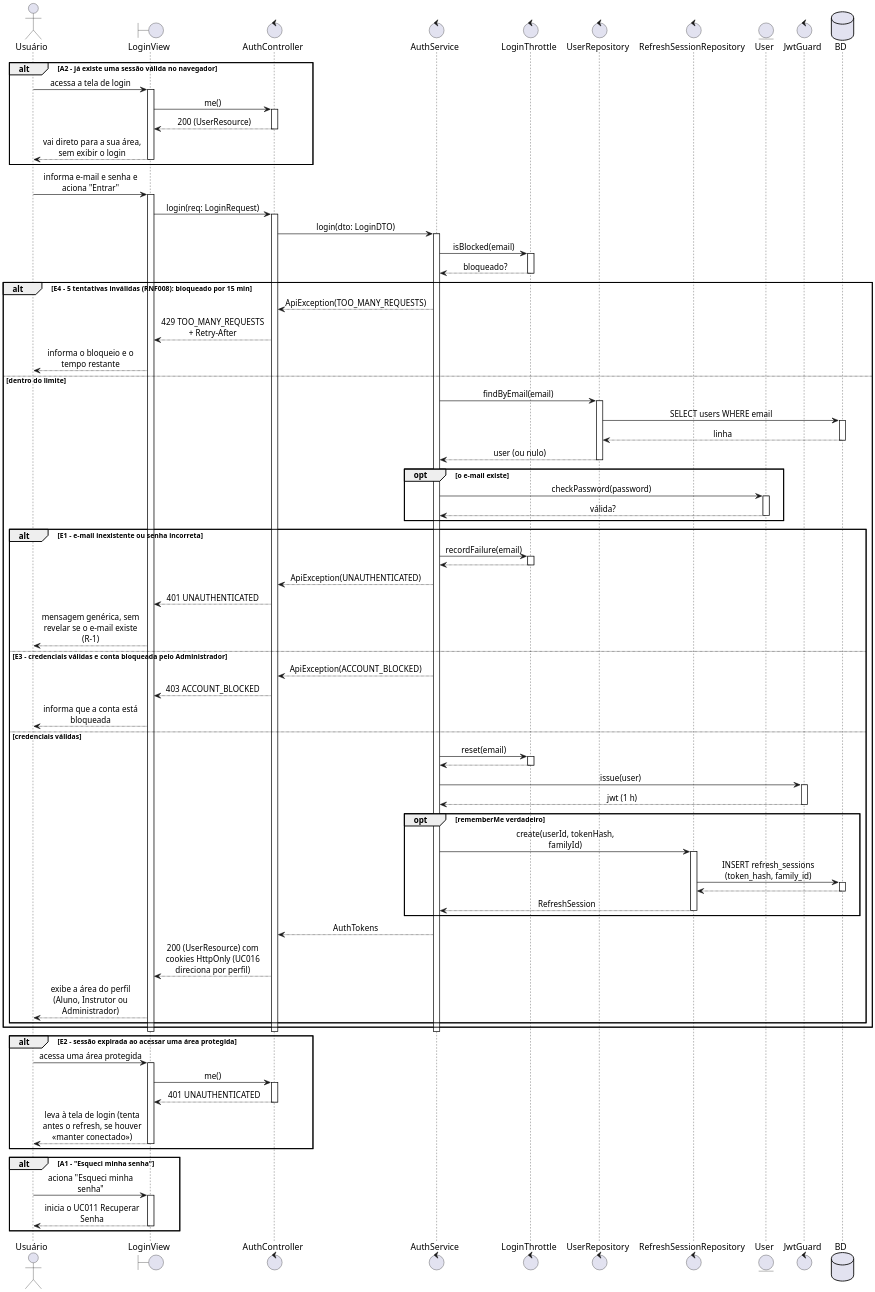
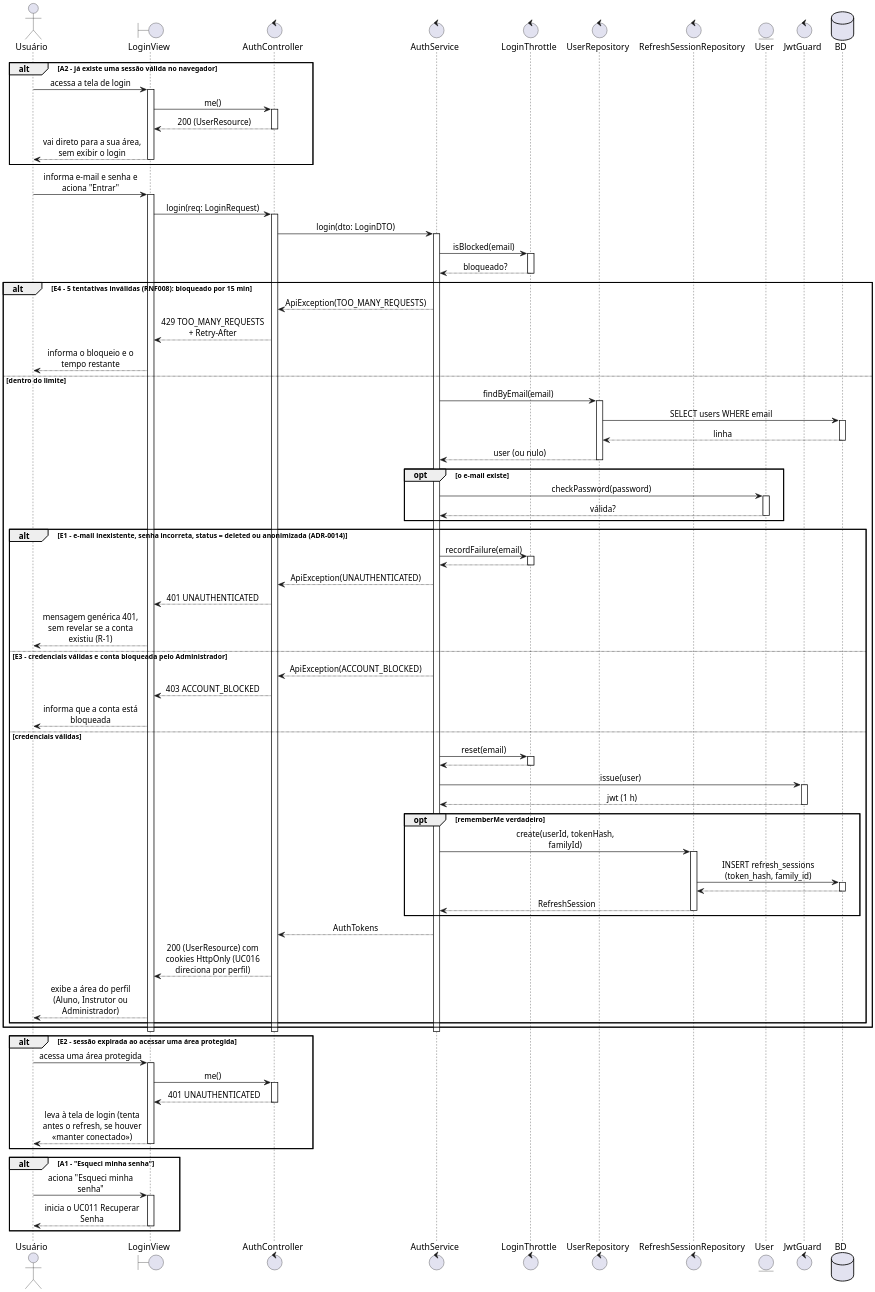
The diagram in scripts/drawio-seqgen/exemplos/14-sequencia-uc005.puml (Plataforma-de-Cursos-TCC/plataforma-cursos-docs), drawn with PlantUML before and after one commit. The commit also changed 4 other files, not shown here.

```diff
--- a/scripts/drawio-seqgen/exemplos/14-sequencia-uc005.puml
+++ b/scripts/drawio-seqgen/exemplos/14-sequencia-uc005.puml
@@ -3,88 +3,88 @@
 @startuml 14-sequencia-uc005
 skinparam shadowing false
 skinparam dpi 192
 skinparam defaultFontName Arial
 skinparam sequenceMessageAlign center
 skinparam responseMessageBelowArrow true
 skinparam wrapMessageWidth 170
 skinparam BoxPadding 8
 
 actor "Usuário" as USU
 boundary LoginView as V
 control AuthController as C
 control AuthService as S
 control LoginThrottle as T
 control UserRepository as R
 control RefreshSessionRepository as RS
 entity User as U
 control JwtGuard as J
 database BD
 
 alt A2 - já existe uma sessão válida no navegador
   USU -> V ++ : acessa a tela de login
   V -> C ++ : me()
   C --> V -- : 200 (UserResource)
   V --> USU -- : vai direto para a sua área, sem exibir o login
 end
 
 USU -> V ++ : informa e-mail e senha e aciona "Entrar"
 V -> C ++ : login(req: LoginRequest)
 C -> S ++ : login(dto: LoginDTO)
 S -> T ++ : isBlocked(email)
 T --> S -- : bloqueado?
 
 alt E4 - 5 tentativas inválidas (RNF008): bloqueado por 15 min
   S --> C : ApiException(TOO_MANY_REQUESTS)
   C --> V : 429 TOO_MANY_REQUESTS + Retry-After
   V --> USU : informa o bloqueio e o tempo restante
 else dentro do limite
   S -> R ++ : findByEmail(email)
   R -> BD ++ : SELECT users WHERE email
   BD --> R -- : linha
   R --> S -- : user (ou nulo)
   opt o e-mail existe
     S -> U ++ : checkPassword(password)
     U --> S -- : válida?
   end
-  alt E1 - e-mail inexistente ou senha incorreta
+  alt E1 - e-mail inexistente, senha incorreta, status = deleted ou anonimizada (ADR-0014)
     S -> T ++ : recordFailure(email)
     T --> S --
     S --> C : ApiException(UNAUTHENTICATED)
     C --> V : 401 UNAUTHENTICATED
-    V --> USU : mensagem genérica, sem revelar se o e-mail existe (R-1)
+    V --> USU : mensagem genérica 401, sem revelar se a conta existiu (R-1)
   else E3 - credenciais válidas e conta bloqueada pelo Administrador
     S --> C : ApiException(ACCOUNT_BLOCKED)
     C --> V : 403 ACCOUNT_BLOCKED
     V --> USU : informa que a conta está bloqueada
   else credenciais válidas
     S -> T ++ : reset(email)
     T --> S --
     S -> J ++ : issue(user)
     J --> S -- : jwt (1 h)
     opt rememberMe verdadeiro
       S -> RS ++ : create(userId, tokenHash, familyId)
       RS -> BD ++ : INSERT refresh_sessions (token_hash, family_id)
       BD --> RS --
       RS --> S -- : RefreshSession
     end
     S --> C : AuthTokens
     C --> V : 200 (UserResource) com cookies HttpOnly (UC016 direciona por perfil)
     V --> USU : exibe a área do perfil (Aluno, Instrutor ou Administrador)
   end
 end
 deactivate S
 deactivate C
 deactivate V
 
 alt E2 - sessão expirada ao acessar uma área protegida
   USU -> V ++ : acessa uma área protegida
   V -> C ++ : me()
   C --> V -- : 401 UNAUTHENTICATED
   V --> USU -- : leva à tela de login (tenta antes o refresh, se houver «manter conectado»)
 end
 
 alt A1 - "Esqueci minha senha"
   USU -> V ++ : aciona "Esqueci minha senha"
   V --> USU -- : inicia o UC011 Recuperar Senha
 end
 @enduml
```
